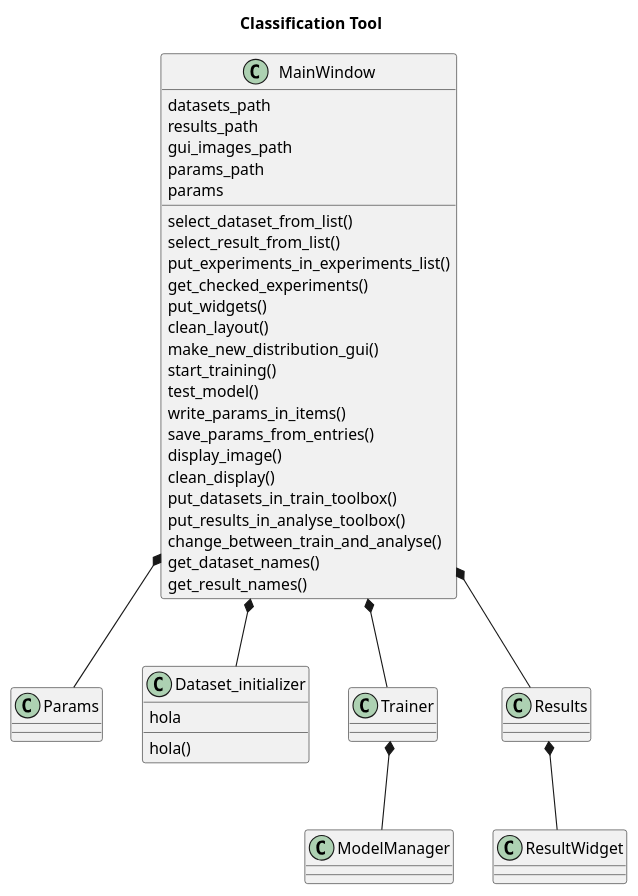
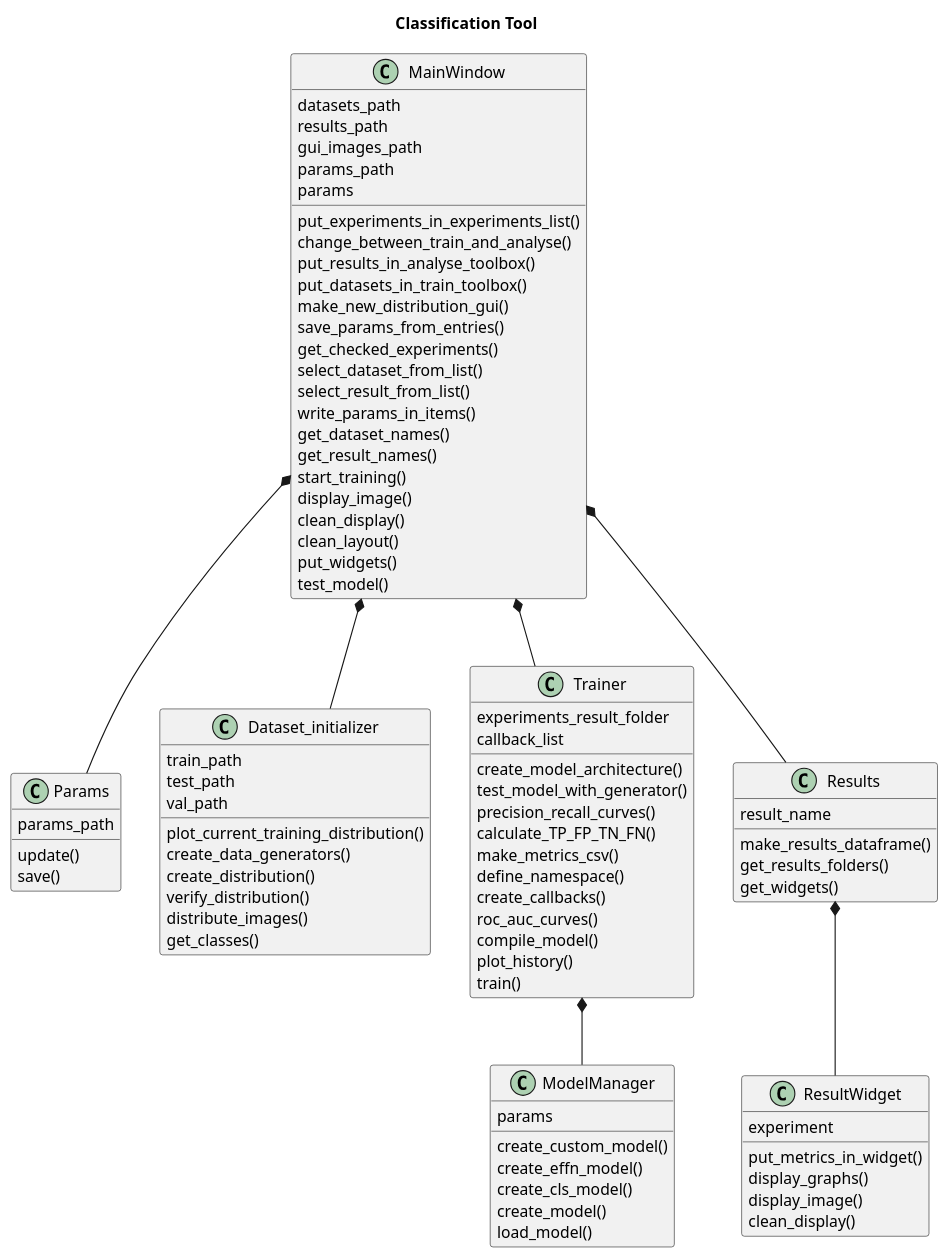
Before and after one commit to SantiagoSVS10/classification_tool: the diagram in diagrama_clases.puml, drawn with PlantUML. The commit also changed 7 other files, not shown here.

Commit message:
Diagrama de clases, añadida vista de imágenes individuales

```diff
--- a/diagrama_clases.puml
+++ b/diagrama_clases.puml
@@ -1,47 +1,99 @@
 @startuml classification_tool.png
 title Classification Tool
 skinparam classAttributeIconSize 0
 class MainWindow{
     datasets_path
     results_path
     gui_images_path
     params_path
     params
 
+    
+    
+    put_experiments_in_experiments_list()
+    change_between_train_and_analyse()
+    put_results_in_analyse_toolbox()
+    put_datasets_in_train_toolbox()
+    make_new_distribution_gui()
+    save_params_from_entries()
+    get_checked_experiments()
     select_dataset_from_list()
     select_result_from_list()
-    put_experiments_in_experiments_list()
-    get_checked_experiments()
-    put_widgets()
-    clean_layout()
-    make_new_distribution_gui()
+    write_params_in_items()
+    get_dataset_names()
+    get_result_names()
     start_training()
-    test_model()
-    write_params_in_items()
-    save_params_from_entries()
     display_image()
     clean_display()
-    put_datasets_in_train_toolbox()
-    put_results_in_analyse_toolbox()
-    change_between_train_and_analyse()
-    get_dataset_names()
-    get_result_names()
+    clean_layout()
+    put_widgets()
+    test_model()
+}
 
+class Params{
+    params_path
+    
+    update()
+    save()
 }
-class Params{}
+
 class Dataset_initializer{
-    hola
-    hola()
+    train_path
+    test_path
+    val_path
+
+    plot_current_training_distribution()
+    create_data_generators()
+    create_distribution()
+    verify_distribution()
+    distribute_images()
+    get_classes()
+        
 }
-class Trainer{}
-class ModelManager{}
-class Results{}
-class ResultWidget{}
+class Trainer{
+    experiments_result_folder
+    callback_list
+
+    create_model_architecture()
+    test_model_with_generator()
+    precision_recall_curves()
+    calculate_TP_FP_TN_FN()
+    make_metrics_csv()
+    define_namespace()
+    create_callbacks()
+    roc_auc_curves()
+    compile_model()
+    plot_history()
+    train()
+}
+class ModelManager{
+    params
+
+    create_custom_model()
+    create_effn_model()
+    create_cls_model()
+    create_model()
+    load_model()
+}
+class Results{
+    result_name
+    make_results_dataframe()
+    get_results_folders()
+    get_widgets()
+}
+class ResultWidget{
+    experiment
+
+    put_metrics_in_widget()
+    display_graphs()
+    display_image()
+    clean_display()
+}
 
 MainWindow *-- Params
 MainWindow *-- Dataset_initializer
 MainWindow *-- Trainer
 Trainer *-- ModelManager
 MainWindow *-- Results
 Results *-- ResultWidget
 @enduml
```
